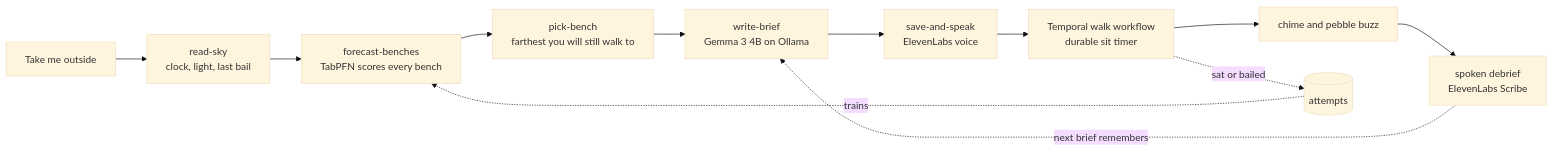
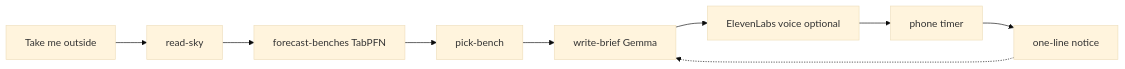
The diagram in README.md (smriad/stillbench), drawn with Mermaid (base theme) before and after one commit. The commit also changed other lines of this file, not shown here.

Commit message:
Enhance README with detailed features and integration information. Updated demo instructions, clarified sit options, and outlined the open-source architecture. Added sections on how it is built and why open innovation matters.

````diff
--- a/README.md
+++ b/README.md
@@ -17,14 +27,11 @@
 ```mermaid
 flowchart LR
-  tap[Take me outside] --> sky[read-sky<br/>clock, light, last bail]
-  sky --> score[forecast-benches<br/>TabPFN scores every bench]
-  score --> pick[pick-bench<br/>farthest you will still walk to]
-  pick --> brief[write-brief<br/>Gemma 3 4B on Ollama]
-  brief --> speak[save-and-speak<br/>ElevenLabs voice]
-  speak --> timer[Temporal walk workflow<br/>durable sit timer]
-  timer --> chime[chime and pebble buzz]
-  chime --> note[spoken debrief<br/>ElevenLabs Scribe]
-  note -. next brief remembers .-> brief
-  timer -. sat or bailed .-> rows[(attempts)]
-  rows -. trains .-> score
+  tap[Take me outside] --> sky[read-sky]
+  sky --> score[forecast-benches TabPFN]
+  score --> pick[pick-bench]
+  pick --> brief[write-brief Gemma]
+  brief --> speak[ElevenLabs voice optional]
+  speak --> timer[phone timer]
+  timer --> note[one-line notice]
+  note -.-> brief
 ```
````
